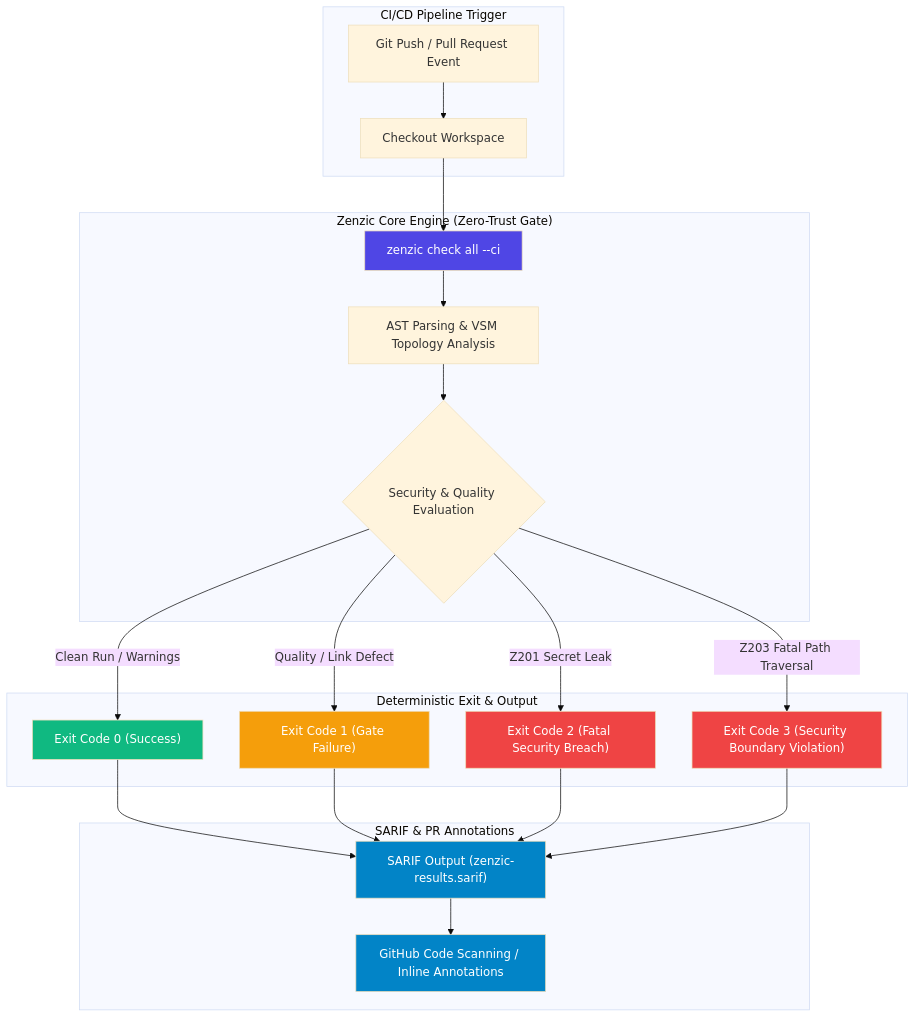
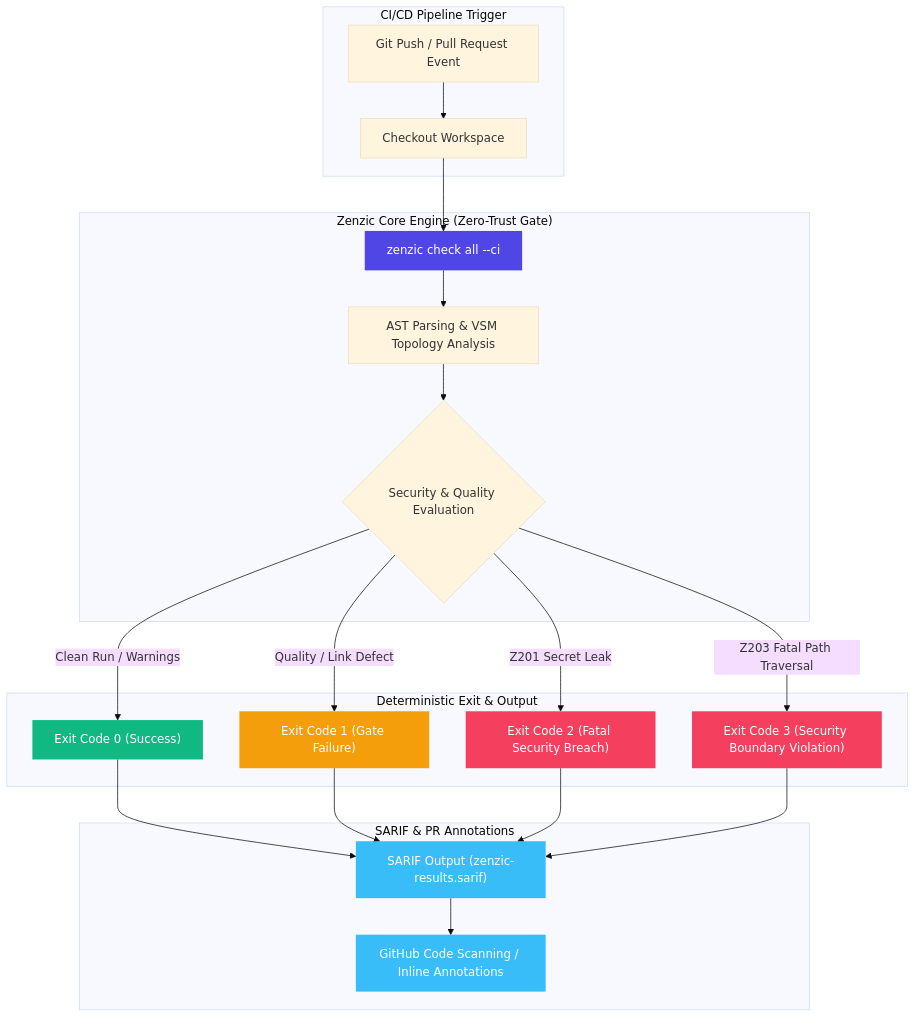
One commit to PythonWoods-Dev/zenzic changed the diagram in docs/how-to/configure-ci-cd.md. Above: the diagram before and after it, drawn with Mermaid (base theme). The commit also changed 11 other files, not shown here.

````diff
--- a/docs/how-to/configure-ci-cd.md
+++ b/docs/how-to/configure-ci-cd.md
@@ -20,32 +20,35 @@
 ```mermaid
 flowchart TD
     subgraph Pipeline ["CI/CD Pipeline Trigger"]
         A["Git Push / Pull Request Event"] --> B["Checkout Workspace"]
     end
 
     subgraph Core ["Zenzic Core Engine (Zero-Trust Gate)"]
         B --> C["zenzic check all --ci"]
         C --> D["AST Parsing & VSM Topology Analysis"]
         D --> E{"Security & Quality Evaluation"}
     end
 
     subgraph Enforcement ["Deterministic Exit & Output"]
         E -->|Clean Run / Warnings| F["Exit Code 0 (Success)"]
         E -->|Quality / Link Defect| G["Exit Code 1 (Gate Failure)"]
         E -->|Z201 Secret Leak| H["Exit Code 2 (Fatal Security Breach)"]
         E -->|Z203 Fatal Path Traversal| I["Exit Code 3 (Security Boundary Violation)"]
     end
 
     subgraph Transport ["SARIF & PR Annotations"]
         F & G & H & I --> J["SARIF Output (zenzic-results.sarif)"]
         J --> K["GitHub Code Scanning / Inline Annotations"]
     end
 
-    style F fill:#10b981,color:#fff
-    style G fill:#f59e0b,color:#fff
-    style H fill:#ef4444,color:#fff
-    style I fill:#ef4444,color:#fff
-    style C fill:#4f46e5,color:#fff
-    style J fill:#0284c7,color:#fff
-    style K fill:#0284c7,color:#fff
+    classDef entry fill:#4f46e5,color:#fff,stroke-width:0px
+    classDef data fill:#38bdf8,color:#fff,stroke-width:0px
+    classDef ok fill:#10b981,color:#fff,stroke-width:0px
+    classDef gate fill:#f59e0b,color:#fff,stroke-width:0px
+    classDef danger fill:#f43f5e,color:#fff,stroke-width:0px
+    class C entry
+    class J,K data
+    class F ok
+    class G gate
+    class H,I danger
 ```
````
